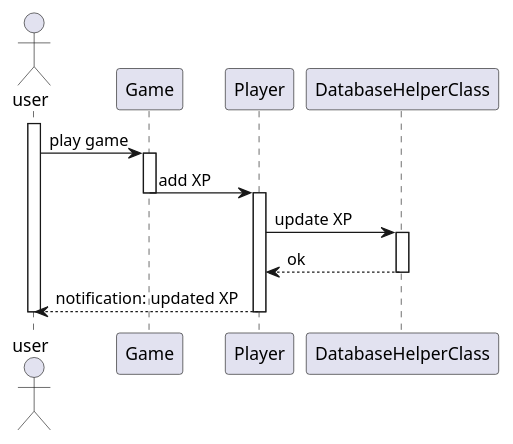
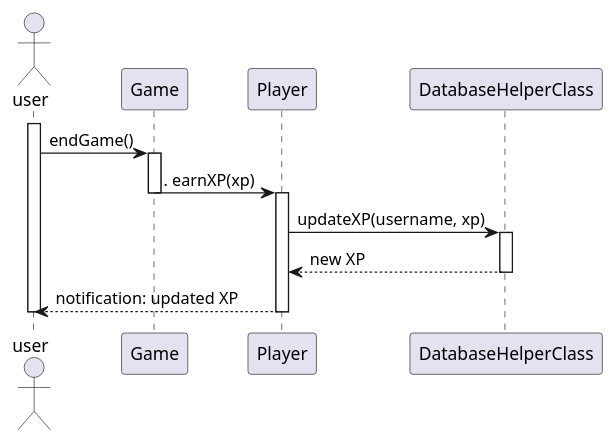
One commit to PolyPong/PolyPong changed the diagram in doc/sequencediagrams/fr7.puml. Above: the diagram before and after it, drawn with PlantUML.

Commit message:
final fr7 hopefully

```diff
--- a/doc/sequencediagrams/fr7.puml
+++ b/doc/sequencediagrams/fr7.puml
@@ -1,25 +1,25 @@
 @startuml
 actor user
 
 participant Game as G
 participant Player as U
 participant DatabaseHelperClass as db
 
 activate user
 
-                user -> G: play game
+                user -> G: endGame()
                 activate G
          
 
-                G -> U: add XP
+                G -> U:. earnXP(xp)
 deactivate G
                 activate U
-                        U -> db: update XP
+                        U -> db: updateXP(username, xp)
                         activate db
-                                db --> U: ok
+                                db --> U: new XP
                                 deactivate db
 '                        U --> G: ok
 U --> user: notification: updated XP
 deactivate user
                         deactivate U
 @enduml
```
